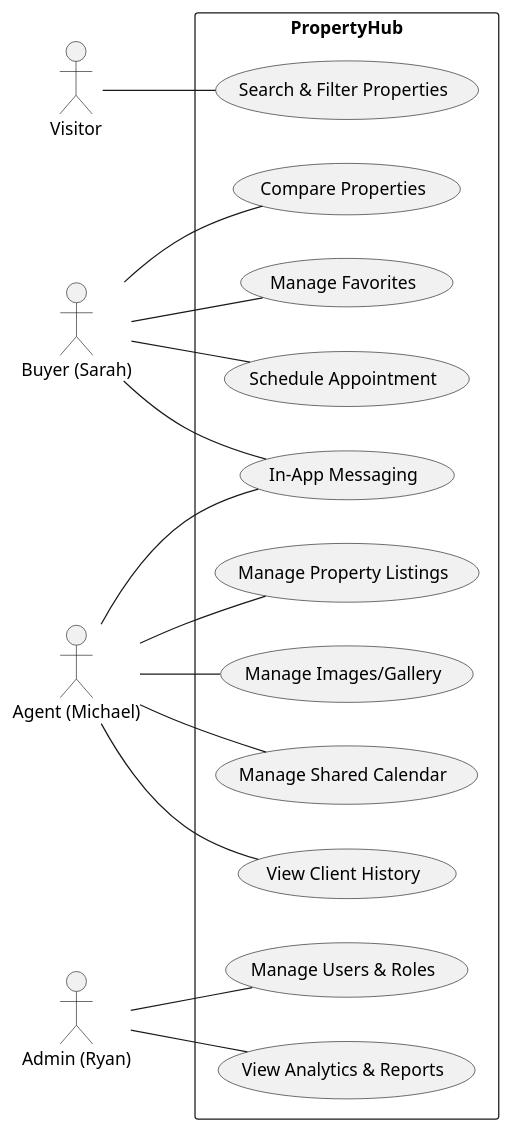
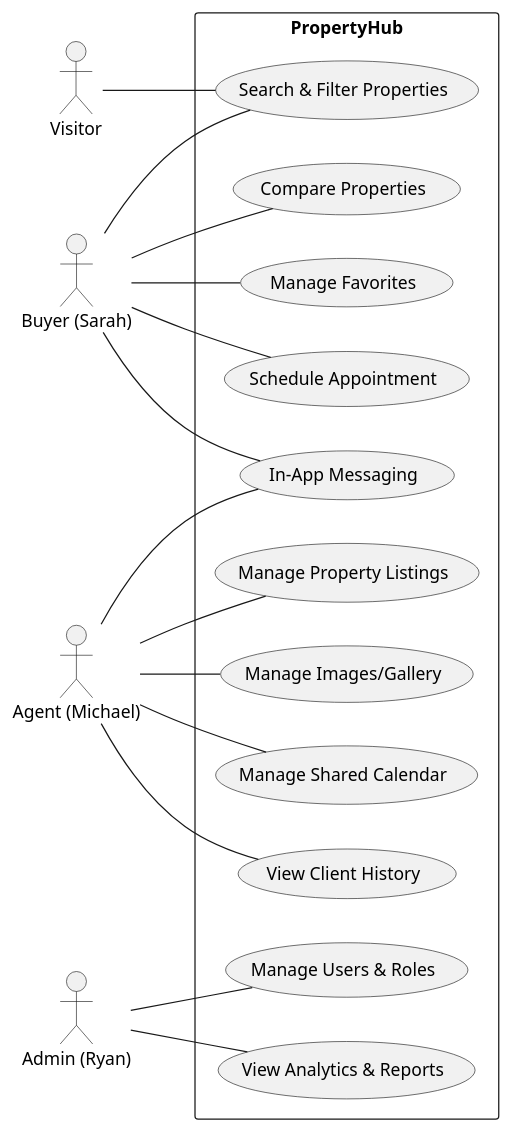
The diagram in UseCase/global_UseCase.puml (AZIZ-Soufiane/PropertyHub-PFE), drawn with PlantUML before and after one commit. The commit also changed 39 other files, not shown here.

```diff
--- a/UseCase/global_UseCase.puml
+++ b/UseCase/global_UseCase.puml
@@ -1,41 +1,42 @@
 @startuml
 left to right direction
 skinparam packageStyle rectangle
 skinparam shadowing false
 
 actor "Visitor" as Vis
 actor "Buyer (Sarah)" as Client
 actor "Agent (Michael)" as Agent
 actor "Admin (Ryan)" as Admin
 
 rectangle PropertyHub {
     (Search & Filter Properties) as UC1
     (Compare Properties) as UC2
     (Manage Favorites) as UC3
     (Schedule Appointment) as UC4
     (In-App Messaging) as UC5
     
     (Manage Property Listings) as UC6
     (Manage Images/Gallery) as UC7
     (Manage Shared Calendar) as UC8
     (View Client History) as UC9
     
     (Manage Users & Roles) as UC10
     (View Analytics & Reports) as UC11
 }
 
 Vis -- UC1
+Client -- UC1
 Client -- UC2
 Client -- UC3
 Client -- UC4
 Client -- UC5
 
 Agent -- UC6
 Agent -- UC7
 Agent -- UC8
 Agent -- UC9
 Agent -- UC5
 
 Admin -- UC10
 Admin -- UC11
 @enduml
```
